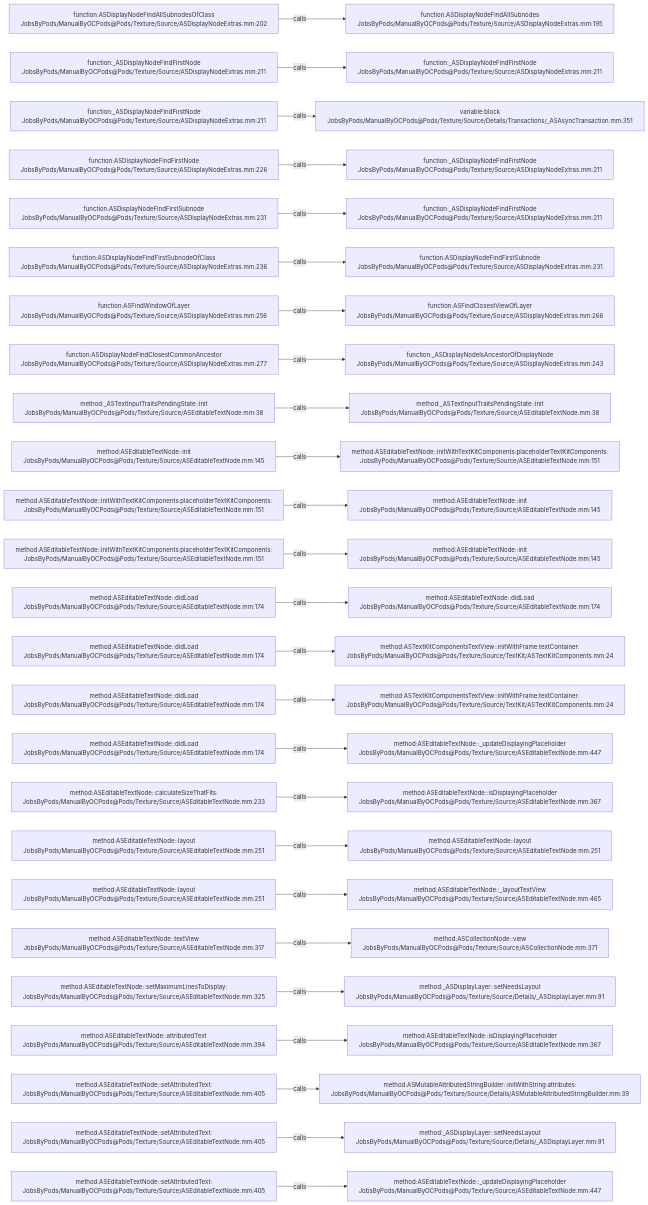
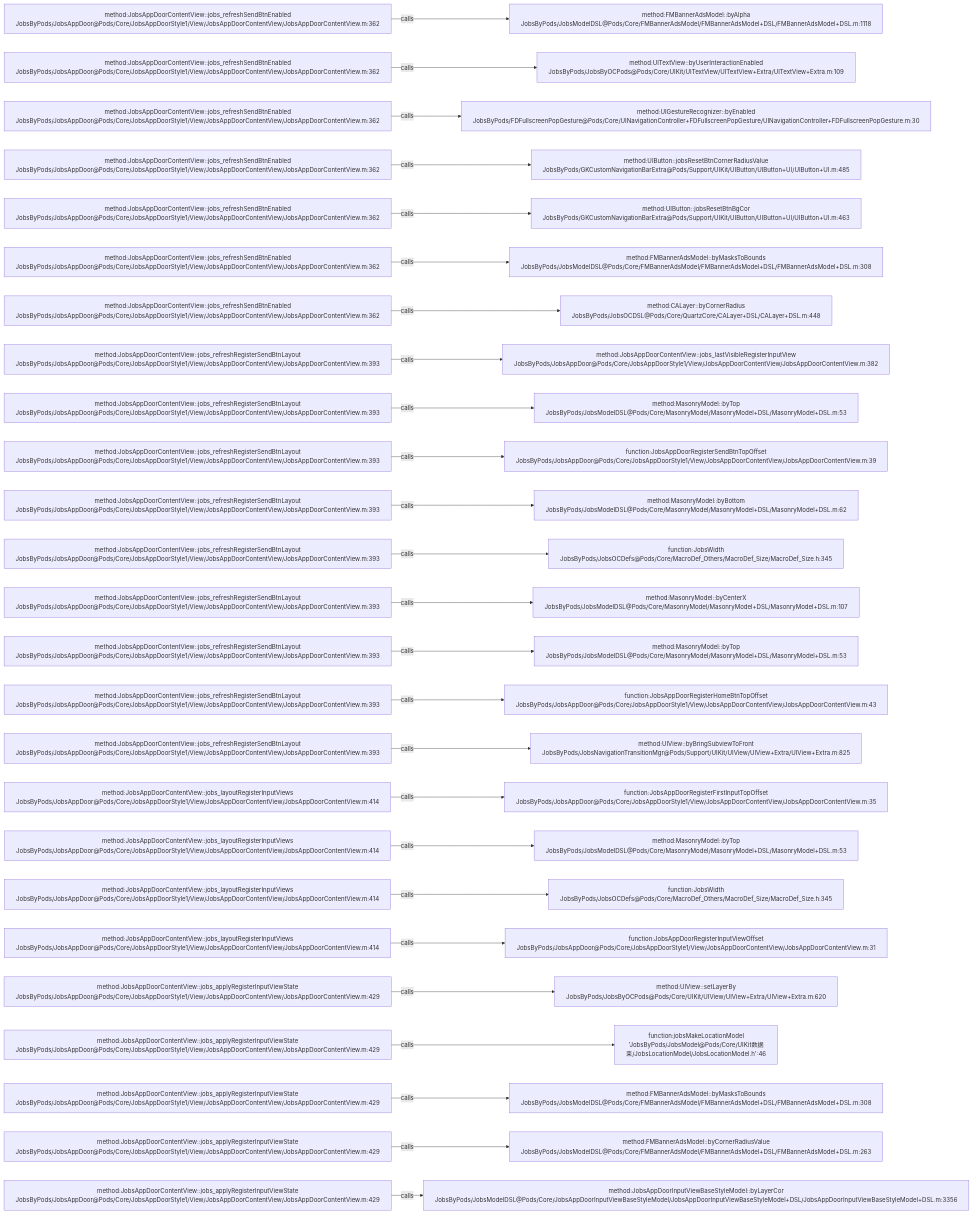
One commit to JobsKits/JobsOCBaseConfigDemo changed the diagram in .codegraph/codegraph.md/graphs/calls-092.md. Above: the diagram before and after it, drawn with Mermaid. The commit also changed 768 other files, not shown here.

````diff
--- a/.codegraph/codegraph.md/graphs/calls-092.md
+++ b/.codegraph/codegraph.md/graphs/calls-092.md
@@ -13,78 +13,78 @@
 ```mermaid
 flowchart LR
-  S1["function:ASDisplayNodeFindAllSubnodesOfClass<br/>JobsByPods/ManualByOCPods@Pods/Texture/Source/ASDisplayNodeExtras.mm:202"]
-  T1["function:ASDisplayNodeFindAllSubnodes<br/>JobsByPods/ManualByOCPods@Pods/Texture/Source/ASDisplayNodeExtras.mm:195"]
+  S1["method:JobsAppDoorContentView::jobs_refreshSendBtnEnabled<br/>JobsByPods/JobsAppDoor@Pods/Core/JobsAppDoorStyle1/View/JobsAppDoorContentView/JobsAppDoorContentView.m:362"]
+  T1["method:FMBannerAdsModel::byAlpha<br/>JobsByPods/JobsModelDSL@Pods/Core/FMBannerAdsModel/FMBannerAdsModel+DSL/FMBannerAdsModel+DSL.m:1118"]
   S1 -->|calls| T1
-  S2["function:_ASDisplayNodeFindFirstNode<br/>JobsByPods/ManualByOCPods@Pods/Texture/Source/ASDisplayNodeExtras.mm:211"]
-  T2["function:_ASDisplayNodeFindFirstNode<br/>JobsByPods/ManualByOCPods@Pods/Texture/Source/ASDisplayNodeExtras.mm:211"]
+  S2["method:JobsAppDoorContentView::jobs_refreshSendBtnEnabled<br/>JobsByPods/JobsAppDoor@Pods/Core/JobsAppDoorStyle1/View/JobsAppDoorContentView/JobsAppDoorContentView.m:362"]
+  T2["method:UITextView::byUserInteractionEnabled<br/>JobsByPods/JobsByOCPods@Pods/Core/UIKit/UITextView/UITextView+Extra/UITextView+Extra.m:109"]
   S2 -->|calls| T2
-  S3["function:_ASDisplayNodeFindFirstNode<br/>JobsByPods/ManualByOCPods@Pods/Texture/Source/ASDisplayNodeExtras.mm:211"]
-  T3["variable:block<br/>JobsByPods/ManualByOCPods@Pods/Texture/Source/Details/Transactions/_ASAsyncTransaction.mm:351"]
+  S3["method:JobsAppDoorContentView::jobs_refreshSendBtnEnabled<br/>JobsByPods/JobsAppDoor@Pods/Core/JobsAppDoorStyle1/View/JobsAppDoorContentView/JobsAppDoorContentView.m:362"]
+  T3["method:UIGestureRecognizer::byEnabled<br/>JobsByPods/FDFullscreenPopGesture@Pods/Core/UINavigationController+FDFullscreenPopGesture/UINavigationController+FDFullscreenPopGesture.m:30"]
   S3 -->|calls| T3
-  S4["function:ASDisplayNodeFindFirstNode<br/>JobsByPods/ManualByOCPods@Pods/Texture/Source/ASDisplayNodeExtras.mm:226"]
-  T4["function:_ASDisplayNodeFindFirstNode<br/>JobsByPods/ManualByOCPods@Pods/Texture/Source/ASDisplayNodeExtras.mm:211"]
+  S4["method:JobsAppDoorContentView::jobs_refreshSendBtnEnabled<br/>JobsByPods/JobsAppDoor@Pods/Core/JobsAppDoorStyle1/View/JobsAppDoorContentView/JobsAppDoorContentView.m:362"]
+  T4["method:UIButton::jobsResetBtnCornerRadiusValue<br/>JobsByPods/GKCustomNavigationBarExtra@Pods/Support/UIKit/UIButton/UIButton+UI/UIButton+UI.m:485"]
   S4 -->|calls| T4
-  S5["function:ASDisplayNodeFindFirstSubnode<br/>JobsByPods/ManualByOCPods@Pods/Texture/Source/ASDisplayNodeExtras.mm:231"]
-  T5["function:_ASDisplayNodeFindFirstNode<br/>JobsByPods/ManualByOCPods@Pods/Texture/Source/ASDisplayNodeExtras.mm:211"]
+  S5["method:JobsAppDoorContentView::jobs_refreshSendBtnEnabled<br/>JobsByPods/JobsAppDoor@Pods/Core/JobsAppDoorStyle1/View/JobsAppDoorContentView/JobsAppDoorContentView.m:362"]
+  T5["method:UIButton::jobsResetBtnBgCor<br/>JobsByPods/GKCustomNavigationBarExtra@Pods/Support/UIKit/UIButton/UIButton+UI/UIButton+UI.m:463"]
   S5 -->|calls| T5
-  S6["function:ASDisplayNodeFindFirstSubnodeOfClass<br/>JobsByPods/ManualByOCPods@Pods/Texture/Source/ASDisplayNodeExtras.mm:236"]
-  T6["function:ASDisplayNodeFindFirstSubnode<br/>JobsByPods/ManualByOCPods@Pods/Texture/Source/ASDisplayNodeExtras.mm:231"]
+  S6["method:JobsAppDoorContentView::jobs_refreshSendBtnEnabled<br/>JobsByPods/JobsAppDoor@Pods/Core/JobsAppDoorStyle1/View/JobsAppDoorContentView/JobsAppDoorContentView.m:362"]
+  T6["method:FMBannerAdsModel::byMasksToBounds<br/>JobsByPods/JobsModelDSL@Pods/Core/FMBannerAdsModel/FMBannerAdsModel+DSL/FMBannerAdsModel+DSL.m:308"]
   S6 -->|calls| T6
-  S7["function:ASFindWindowOfLayer<br/>JobsByPods/ManualByOCPods@Pods/Texture/Source/ASDisplayNodeExtras.mm:256"]
-  T7["function:ASFindClosestViewOfLayer<br/>JobsByPods/ManualByOCPods@Pods/Texture/Source/ASDisplayNodeExtras.mm:266"]
+  S7["method:JobsAppDoorContentView::jobs_refreshSendBtnEnabled<br/>JobsByPods/JobsAppDoor@Pods/Core/JobsAppDoorStyle1/View/JobsAppDoorContentView/JobsAppDoorContentView.m:362"]
+  T7["method:CALayer::byCornerRadius<br/>JobsByPods/JobsOCDSL@Pods/Core/QuartzCore/CALayer+DSL/CALayer+DSL.m:448"]
   S7 -->|calls| T7
-  S8["function:ASDisplayNodeFindClosestCommonAncestor<br/>JobsByPods/ManualByOCPods@Pods/Texture/Source/ASDisplayNodeExtras.mm:277"]
-  T8["function:_ASDisplayNodeIsAncestorOfDisplayNode<br/>JobsByPods/ManualByOCPods@Pods/Texture/Source/ASDisplayNodeExtras.mm:243"]
+  S8["method:JobsAppDoorContentView::jobs_refreshRegisterSendBtnLayout<br/>JobsByPods/JobsAppDoor@Pods/Core/JobsAppDoorStyle1/View/JobsAppDoorContentView/JobsAppDoorContentView.m:393"]
+  T8["method:JobsAppDoorContentView::jobs_lastVisibleRegisterInputView<br/>JobsByPods/JobsAppDoor@Pods/Core/JobsAppDoorStyle1/View/JobsAppDoorContentView/JobsAppDoorContentView.m:382"]
   S8 -->|calls| T8
-  S9["method:_ASTextInputTraitsPendingState::init<br/>JobsByPods/ManualByOCPods@Pods/Texture/Source/ASEditableTextNode.mm:38"]
-  T9["method:_ASTextInputTraitsPendingState::init<br/>JobsByPods/ManualByOCPods@Pods/Texture/Source/ASEditableTextNode.mm:38"]
+  S9["method:JobsAppDoorContentView::jobs_refreshRegisterSendBtnLayout<br/>JobsByPods/JobsAppDoor@Pods/Core/JobsAppDoorStyle1/View/JobsAppDoorContentView/JobsAppDoorContentView.m:393"]
+  T9["method:MasonryModel::byTop<br/>JobsByPods/JobsModelDSL@Pods/Core/MasonryModel/MasonryModel+DSL/MasonryModel+DSL.m:53"]
   S9 -->|calls| T9
-  S10["method:ASEditableTextNode::init<br/>JobsByPods/ManualByOCPods@Pods/Texture/Source/ASEditableTextNode.mm:145"]
-  T10["method:ASEditableTextNode::initWithTextKitComponents:placeholderTextKitComponents:<br/>JobsByPods/ManualByOCPods@Pods/Texture/Source/ASEditableTextNode.mm:151"]
+  S10["method:JobsAppDoorContentView::jobs_refreshRegisterSendBtnLayout<br/>JobsByPods/JobsAppDoor@Pods/Core/JobsAppDoorStyle1/View/JobsAppDoorContentView/JobsAppDoorContentView.m:393"]
+  T10["function:JobsAppDoorRegisterSendBtnTopOffset<br/>JobsByPods/JobsAppDoor@Pods/Core/JobsAppDoorStyle1/View/JobsAppDoorContentView/JobsAppDoorContentView.m:39"]
   S10 -->|calls| T10
-  S11["method:ASEditableTextNode::initWithTextKitComponents:placeholderTextKitComponents:<br/>JobsByPods/ManualByOCPods@Pods/Texture/Source/ASEditableTextNode.mm:151"]
-  T11["method:ASEditableTextNode::init<br/>JobsByPods/ManualByOCPods@Pods/Texture/Source/ASEditableTextNode.mm:145"]
+  S11["method:JobsAppDoorContentView::jobs_refreshRegisterSendBtnLayout<br/>JobsByPods/JobsAppDoor@Pods/Core/JobsAppDoorStyle1/View/JobsAppDoorContentView/JobsAppDoorContentView.m:393"]
+  T11["method:MasonryModel::byBottom<br/>JobsByPods/JobsModelDSL@Pods/Core/MasonryModel/MasonryModel+DSL/MasonryModel+DSL.m:62"]
   S11 -->|calls| T11
-  S12["method:ASEditableTextNode::initWithTextKitComponents:placeholderTextKitComponents:<br/>JobsByPods/ManualByOCPods@Pods/Texture/Source/ASEditableTextNode.mm:151"]
-  T12["method:ASEditableTextNode::init<br/>JobsByPods/ManualByOCPods@Pods/Texture/Source/ASEditableTextNode.mm:145"]
+  S12["method:JobsAppDoorContentView::jobs_refreshRegisterSendBtnLayout<br/>JobsByPods/JobsAppDoor@Pods/Core/JobsAppDoorStyle1/View/JobsAppDoorContentView/JobsAppDoorContentView.m:393"]
+  T12["function:JobsWidth<br/>JobsByPods/JobsOCDefs@Pods/Core/MacroDef_Others/MacroDef_Size/MacroDef_Size.h:345"]
   S12 -->|calls| T12
-  S13["method:ASEditableTextNode::didLoad<br/>JobsByPods/ManualByOCPods@Pods/Texture/Source/ASEditableTextNode.mm:174"]
-  T13["method:ASEditableTextNode::didLoad<br/>JobsByPods/ManualByOCPods@Pods/Texture/Source/ASEditableTextNode.mm:174"]
+  S13["method:JobsAppDoorContentView::jobs_refreshRegisterSendBtnLayout<br/>JobsByPods/JobsAppDoor@Pods/Core/JobsAppDoorStyle1/View/JobsAppDoorContentView/JobsAppDoorContentView.m:393"]
+  T13["method:MasonryModel::byCenterX<br/>JobsByPods/JobsModelDSL@Pods/Core/MasonryModel/MasonryModel+DSL/MasonryModel+DSL.m:107"]
   S13 -->|calls| T13
-  S14["method:ASEditableTextNode::didLoad<br/>JobsByPods/ManualByOCPods@Pods/Texture/Source/ASEditableTextNode.mm:174"]
-  T14["method:ASTextKitComponentsTextView::initWithFrame:textContainer:<br/>JobsByPods/ManualByOCPods@Pods/Texture/Source/TextKit/ASTextKitComponents.mm:24"]
+  S14["method:JobsAppDoorContentView::jobs_refreshRegisterSendBtnLayout<br/>JobsByPods/JobsAppDoor@Pods/Core/JobsAppDoorStyle1/View/JobsAppDoorContentView/JobsAppDoorContentView.m:393"]
+  T14["method:MasonryModel::byTop<br/>JobsByPods/JobsModelDSL@Pods/Core/MasonryModel/MasonryModel+DSL/MasonryModel+DSL.m:53"]
   S14 -->|calls| T14
-  S15["method:ASEditableTextNode::didLoad<br/>JobsByPods/ManualByOCPods@Pods/Texture/Source/ASEditableTextNode.mm:174"]
-  T15["method:ASTextKitComponentsTextView::initWithFrame:textContainer:<br/>JobsByPods/ManualByOCPods@Pods/Texture/Source/TextKit/ASTextKitComponents.mm:24"]
+  S15["method:JobsAppDoorContentView::jobs_refreshRegisterSendBtnLayout<br/>JobsByPods/JobsAppDoor@Pods/Core/JobsAppDoorStyle1/View/JobsAppDoorContentView/JobsAppDoorContentView.m:393"]
+  T15["function:JobsAppDoorRegisterHomeBtnTopOffset<br/>JobsByPods/JobsAppDoor@Pods/Core/JobsAppDoorStyle1/View/JobsAppDoorContentView/JobsAppDoorContentView.m:43"]
   S15 -->|calls| T15
-  S16["method:ASEditableTextNode::didLoad<br/>JobsByPods/ManualByOCPods@Pods/Texture/Source/ASEditableTextNode.mm:174"]
-  T16["method:ASEditableTextNode::_updateDisplayingPlaceholder<br/>JobsByPods/ManualByOCPods@Pods/Texture/Source/ASEditableTextNode.mm:447"]
+  S16["method:JobsAppDoorContentView::jobs_refreshRegisterSendBtnLayout<br/>JobsByPods/JobsAppDoor@Pods/Core/JobsAppDoorStyle1/View/JobsAppDoorContentView/JobsAppDoorContentView.m:393"]
+  T16["method:UIView::byBringSubviewToFront<br/>JobsByPods/JobsNavigationTransitionMgr@Pods/Support/UIKit/UIView/UIView+Extra/UIView+Extra.m:825"]
   S16 -->|calls| T16
-  S17["method:ASEditableTextNode::calculateSizeThatFits:<br/>JobsByPods/ManualByOCPods@Pods/Texture/Source/ASEditableTextNode.mm:233"]
-  T17["method:ASEditableTextNode::isDisplayingPlaceholder<br/>JobsByPods/ManualByOCPods@Pods/Texture/Source/ASEditableTextNode.mm:367"]
+  S17["method:JobsAppDoorContentView::jobs_layoutRegisterInputViews<br/>JobsByPods/JobsAppDoor@Pods/Core/JobsAppDoorStyle1/View/JobsAppDoorContentView/JobsAppDoorContentView.m:414"]
+  T17["function:JobsAppDoorRegisterFirstInputTopOffset<br/>JobsByPods/JobsAppDoor@Pods/Core/JobsAppDoorStyle1/View/JobsAppDoorContentView/JobsAppDoorContentView.m:35"]
   S17 -->|calls| T17
-  S18["method:ASEditableTextNode::layout<br/>JobsByPods/ManualByOCPods@Pods/Texture/Source/ASEditableTextNode.mm:251"]
-  T18["method:ASEditableTextNode::layout<br/>JobsByPods/ManualByOCPods@Pods/Texture/Source/ASEditableTextNode.mm:251"]
+  S18["method:JobsAppDoorContentView::jobs_layoutRegisterInputViews<br/>JobsByPods/JobsAppDoor@Pods/Core/JobsAppDoorStyle1/View/JobsAppDoorContentView/JobsAppDoorContentView.m:414"]
+  T18["method:MasonryModel::byTop<br/>JobsByPods/JobsModelDSL@Pods/Core/MasonryModel/MasonryModel+DSL/MasonryModel+DSL.m:53"]
   S18 -->|calls| T18
-  S19["method:ASEditableTextNode::layout<br/>JobsByPods/ManualByOCPods@Pods/Texture/Source/ASEditableTextNode.mm:251"]
-  T19["method:ASEditableTextNode::_layoutTextView<br/>JobsByPods/ManualByOCPods@Pods/Texture/Source/ASEditableTextNode.mm:465"]
+  S19["method:JobsAppDoorContentView::jobs_layoutRegisterInputViews<br/>JobsByPods/JobsAppDoor@Pods/Core/JobsAppDoorStyle1/View/JobsAppDoorContentView/JobsAppDoorContentView.m:414"]
+  T19["function:JobsWidth<br/>JobsByPods/JobsOCDefs@Pods/Core/MacroDef_Others/MacroDef_Size/MacroDef_Size.h:345"]
   S19 -->|calls| T19
-  S20["method:ASEditableTextNode::textView<br/>JobsByPods/ManualByOCPods@Pods/Texture/Source/ASEditableTextNode.mm:317"]
-  T20["method:ASCollectionNode::view<br/>JobsByPods/ManualByOCPods@Pods/Texture/Source/ASCollectionNode.mm:371"]
+  S20["method:JobsAppDoorContentView::jobs_layoutRegisterInputViews<br/>JobsByPods/JobsAppDoor@Pods/Core/JobsAppDoorStyle1/View/JobsAppDoorContentView/JobsAppDoorContentView.m:414"]
+  T20["function:JobsAppDoorRegisterInputViewOffset<br/>JobsByPods/JobsAppDoor@Pods/Core/JobsAppDoorStyle1/View/JobsAppDoorContentView/JobsAppDoorContentView.m:31"]
   S20 -->|calls| T20
-  S21["method:ASEditableTextNode::setMaximumLinesToDisplay:<br/>JobsByPods/ManualByOCPods@Pods/Texture/Source/ASEditableTextNode.mm:325"]
-  T21["method:_ASDisplayLayer::setNeedsLayout<br/>JobsByPods/ManualByOCPods@Pods/Texture/Source/Details/_ASDisplayLayer.mm:91"]
+  S21["method:JobsAppDoorContentView::jobs_applyRegisterInputViewState<br/>JobsByPods/JobsAppDoor@Pods/Core/JobsAppDoorStyle1/View/JobsAppDoorContentView/JobsAppDoorContentView.m:429"]
+  T21["method:UIView::setLayerBy<br/>JobsByPods/JobsByOCPods@Pods/Core/UIKit/UIView/UIView+Extra/UIView+Extra.m:620"]
   S21 -->|calls| T21
-  S22["method:ASEditableTextNode::attributedText<br/>JobsByPods/ManualByOCPods@Pods/Texture/Source/ASEditableTextNode.mm:394"]
-  T22["method:ASEditableTextNode::isDisplayingPlaceholder<br/>JobsByPods/ManualByOCPods@Pods/Texture/Source/ASEditableTextNode.mm:367"]
+  S22["method:JobsAppDoorContentView::jobs_applyRegisterInputViewState<br/>JobsByPods/JobsAppDoor@Pods/Core/JobsAppDoorStyle1/View/JobsAppDoorContentView/JobsAppDoorContentView.m:429"]
+  T22["function:jobsMakeLocationModel<br/>'JobsByPods/JobsModel@Pods/Core/UIKit数据束/JobsLocationModel/JobsLocationModel.h':46"]
   S22 -->|calls| T22
-  S23["method:ASEditableTextNode::setAttributedText:<br/>JobsByPods/ManualByOCPods@Pods/Texture/Source/ASEditableTextNode.mm:405"]
-  T23["method:ASMutableAttributedStringBuilder::initWithString:attributes:<br/>JobsByPods/ManualByOCPods@Pods/Texture/Source/Details/ASMutableAttributedStringBuilder.mm:39"]
+  S23["method:JobsAppDoorContentView::jobs_applyRegisterInputViewState<br/>JobsByPods/JobsAppDoor@Pods/Core/JobsAppDoorStyle1/View/JobsAppDoorContentView/JobsAppDoorContentView.m:429"]
+  T23["method:FMBannerAdsModel::byMasksToBounds<br/>JobsByPods/JobsModelDSL@Pods/Core/FMBannerAdsModel/FMBannerAdsModel+DSL/FMBannerAdsModel+DSL.m:308"]
   S23 -->|calls| T23
-  S24["method:ASEditableTextNode::setAttributedText:<br/>JobsByPods/ManualByOCPods@Pods/Texture/Source/ASEditableTextNode.mm:405"]
-  T24["method:_ASDisplayLayer::setNeedsLayout<br/>JobsByPods/ManualByOCPods@Pods/Texture/Source/Details/_ASDisplayLayer.mm:91"]
+  S24["method:JobsAppDoorContentView::jobs_applyRegisterInputViewState<br/>JobsByPods/JobsAppDoor@Pods/Core/JobsAppDoorStyle1/View/JobsAppDoorContentView/JobsAppDoorContentView.m:429"]
+  T24["method:FMBannerAdsModel::byCornerRadiusValue<br/>JobsByPods/JobsModelDSL@Pods/Core/FMBannerAdsModel/FMBannerAdsModel+DSL/FMBannerAdsModel+DSL.m:263"]
   S24 -->|calls| T24
-  S25["method:ASEditableTextNode::setAttributedText:<br/>JobsByPods/ManualByOCPods@Pods/Texture/Source/ASEditableTextNode.mm:405"]
-  T25["method:ASEditableTextNode::_updateDisplayingPlaceholder<br/>JobsByPods/ManualByOCPods@Pods/Texture/Source/ASEditableTextNode.mm:447"]
+  S25["method:JobsAppDoorContentView::jobs_applyRegisterInputViewState<br/>JobsByPods/JobsAppDoor@Pods/Core/JobsAppDoorStyle1/View/JobsAppDoorContentView/JobsAppDoorContentView.m:429"]
+  T25["method:JobsAppDoorInputViewBaseStyleModel::byLayerCor<br/>JobsByPods/JobsModelDSL@Pods/Core/JobsAppDoorInputViewBaseStyleModel/JobsAppDoorInputViewBaseStyleModel+DSL/JobsAppDoorInputViewBaseStyleModel+DSL.m:3356"]
   S25 -->|calls| T25
 ```
````
